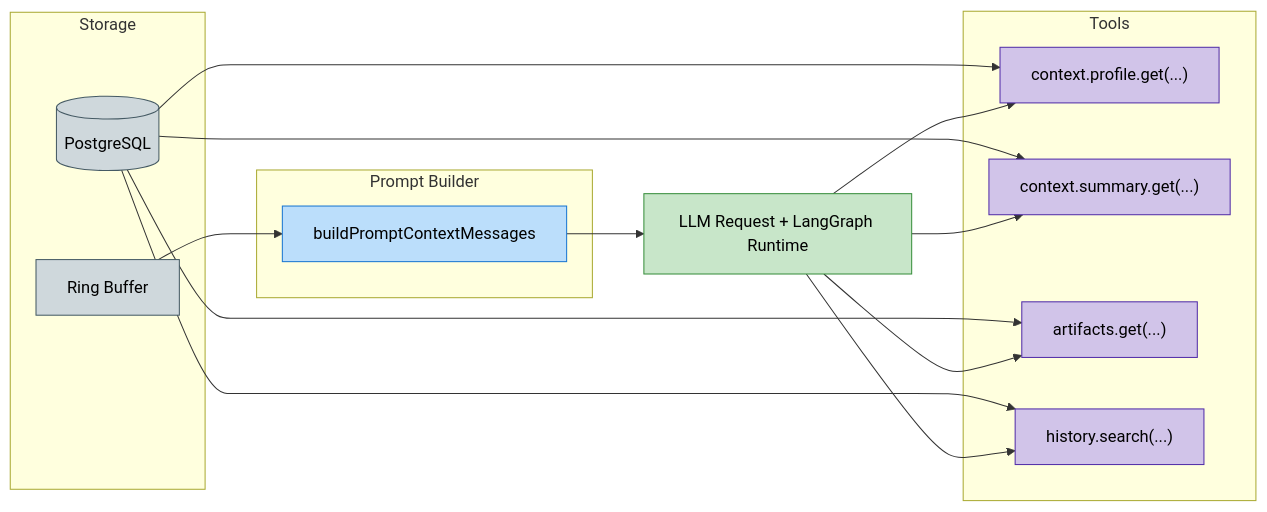
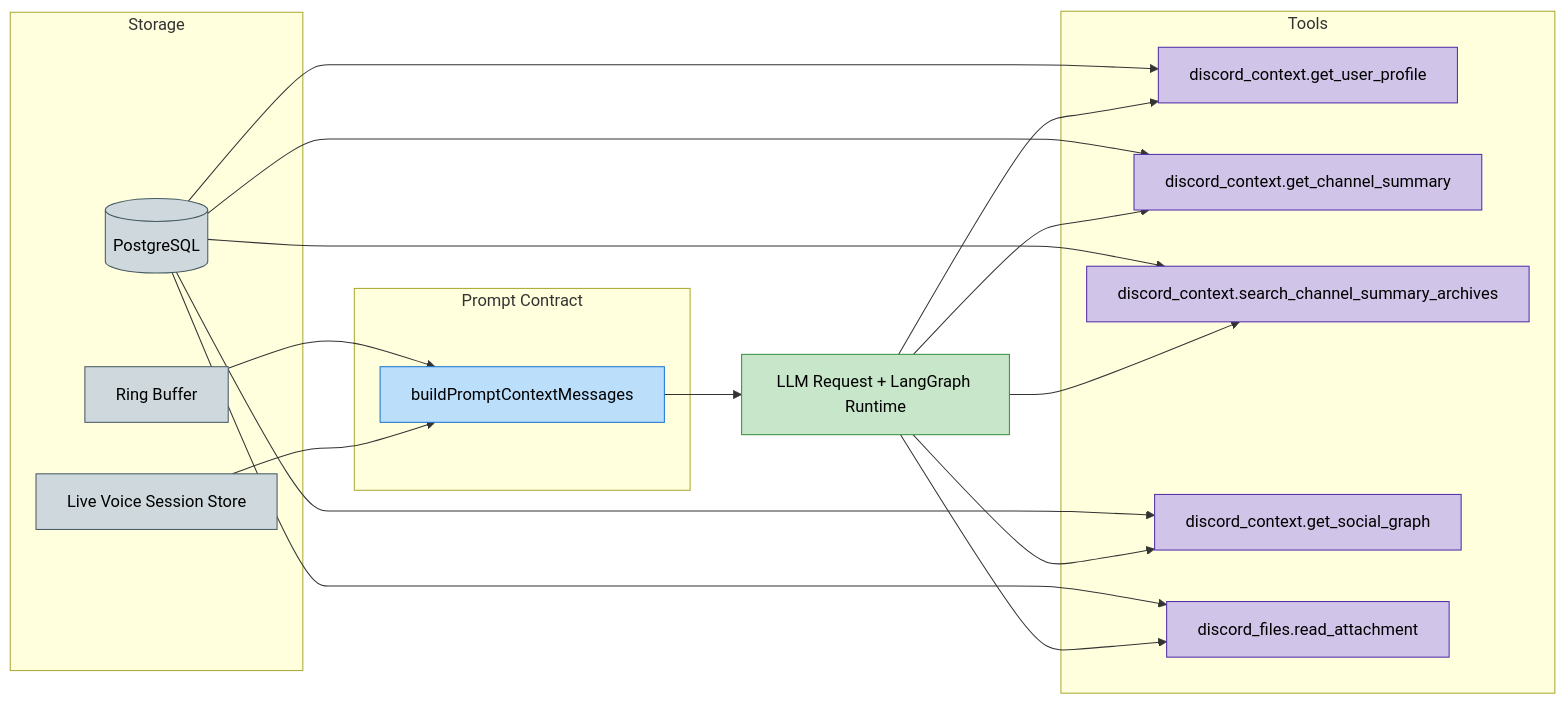
The diagram in docs/architecture/MEMORY.md (BokX1/Sage), drawn with Mermaid before and after one commit. The commit also changed other lines of this file and 218 other files, not shown here.

````diff
--- a/docs/architecture/MEMORY.md
+++ b/docs/architecture/MEMORY.md
@@ -64,34 +74,39 @@
 ```mermaid
 flowchart LR
     classDef storage fill:#cfd8dc,stroke:#455a64,color:black
     classDef tools fill:#d1c4e9,stroke:#512da8,color:black
     classDef builder fill:#bbdefb,stroke:#1976d2,color:black
     classDef llm fill:#c8e6c9,stroke:#388e3c,color:black
 
     subgraph Storage
         DB[(PostgreSQL)]:::storage
         RB[Ring Buffer]:::storage
+        VS[Live Voice Session Store]:::storage
     end
 
     subgraph Tools
-        U["context.profile.get(...)"]:::tools
-        C["context.summary.get(...)"]:::tools
-        F["artifacts.get(...)"]:::tools
-        H["history.search(...)"]:::tools
+        U[discord_context.get_user_profile]:::tools
+        C[discord_context.get_channel_summary]:::tools
+        A[discord_context.search_channel_summary_archives]:::tools
+        G[discord_context.get_social_graph]:::tools
+        F[discord_files.read_attachment]:::tools
     end
 
-    subgraph Builder["Prompt Builder"]
+    subgraph Builder["Prompt Contract"]
         MB[buildPromptContextMessages]:::builder
     end
 
     RB --> MB
+    VS --> MB
     MB --> LLM[LLM Request + LangGraph Runtime]:::llm
     DB --> U
     DB --> C
+    DB --> A
+    DB --> G
     DB --> F
-    DB --> H
     LLM --> U
     LLM --> C
+    LLM --> A
+    LLM --> G
     LLM --> F
-    LLM --> H
 ```
````
